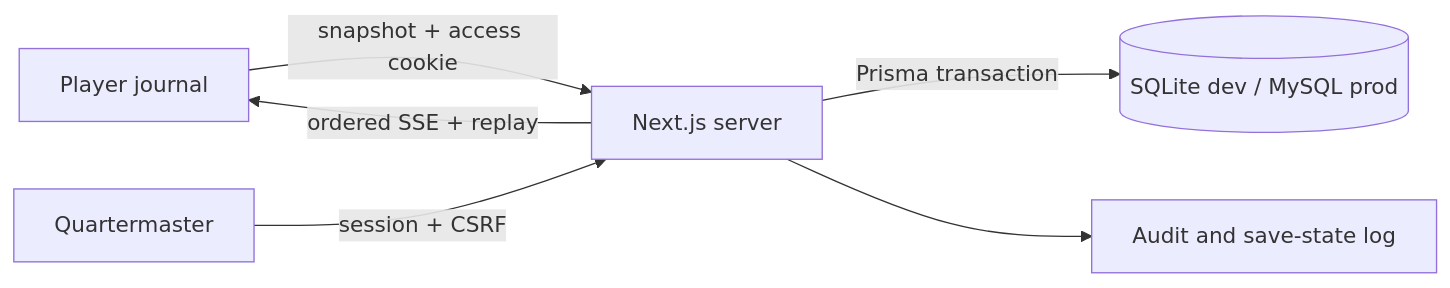
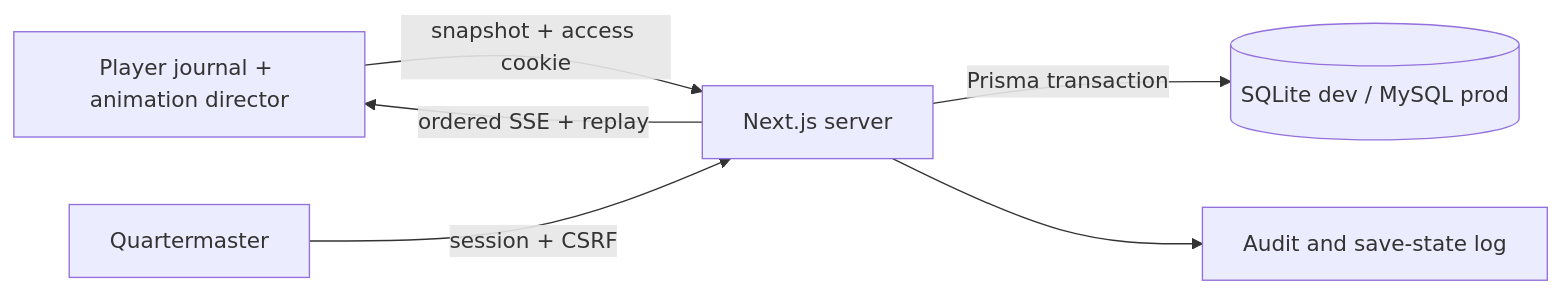
Before and after one commit to Kgray44/treasurehuntSoT: the diagram in docs/architecture.md, drawn with Mermaid. The commit also changed other lines of this file and 124 other files, not shown here.

````diff
--- a/docs/architecture.md
+++ b/docs/architecture.md
@@ -9,8 +9,8 @@
 ```mermaid
 flowchart LR
-  P[Player journal] -->|snapshot + access cookie| N[Next.js server]
+  P[Player journal + animation director] -->|snapshot + access cookie| N[Next.js server]
   G[Quartermaster] -->|session + CSRF| N
   N -->|Prisma transaction| D[(SQLite dev / MySQL prod)]
   N -->|ordered SSE + replay| P
   N --> A[Audit and save-state log]
 ```
````
